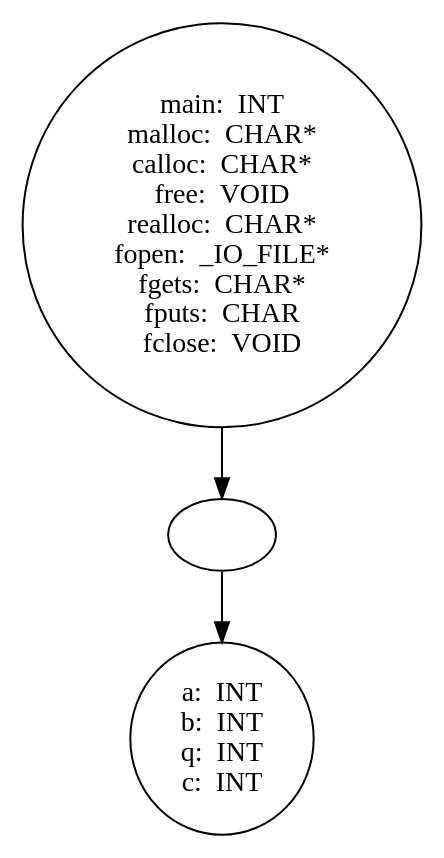
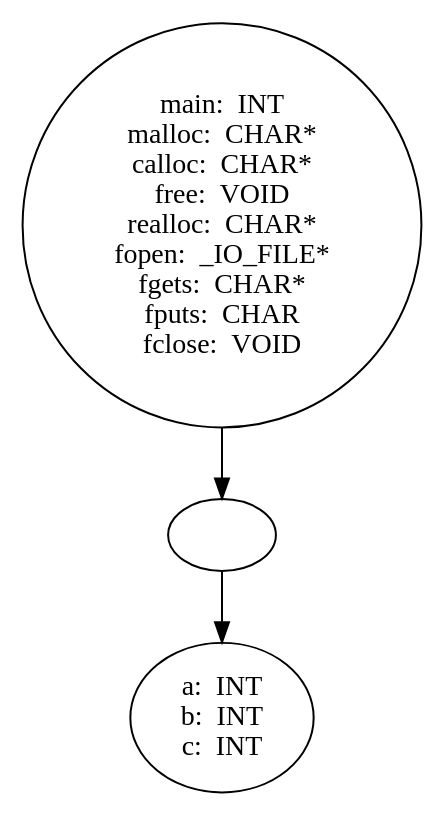
Before and after one commit to Are-you-listening/Compilers: the diagram in example_source_files/56_unused_variables/56_unused_variables_table.dot, drawn with Graphviz. The commit also changed 171 other files, not shown here.

```diff
--- a/example_source_files/56_unused_variables/56_unused_variables_table.dot
+++ b/example_source_files/56_unused_variables/56_unused_variables_table.dot
@@ -1,18 +1,17 @@
 digraph AST {
-  "139136232549216" [label="main:  INT
+  "138081630638320" [label="main:  INT
 malloc:  CHAR*
 calloc:  CHAR*
 free:  VOID
 realloc:  CHAR*
 fopen:  _IO_FILE*
 fgets:  CHAR*
 fputs:  CHAR
 fclose:  VOID"];
-  "139136232549216" -> "139136232542304";
-  "139136232542304" [label=""];
-  "139136232542304" -> "139136232543792";
-  "139136232543792" [label="a:  INT
+  "138081630638320" -> "138081630643504";
+  "138081630643504" [label=""];
+  "138081630643504" -> "138081630640240";
+  "138081630640240" [label="a:  INT
 b:  INT
-q:  INT
 c:  INT"];
 }
```
